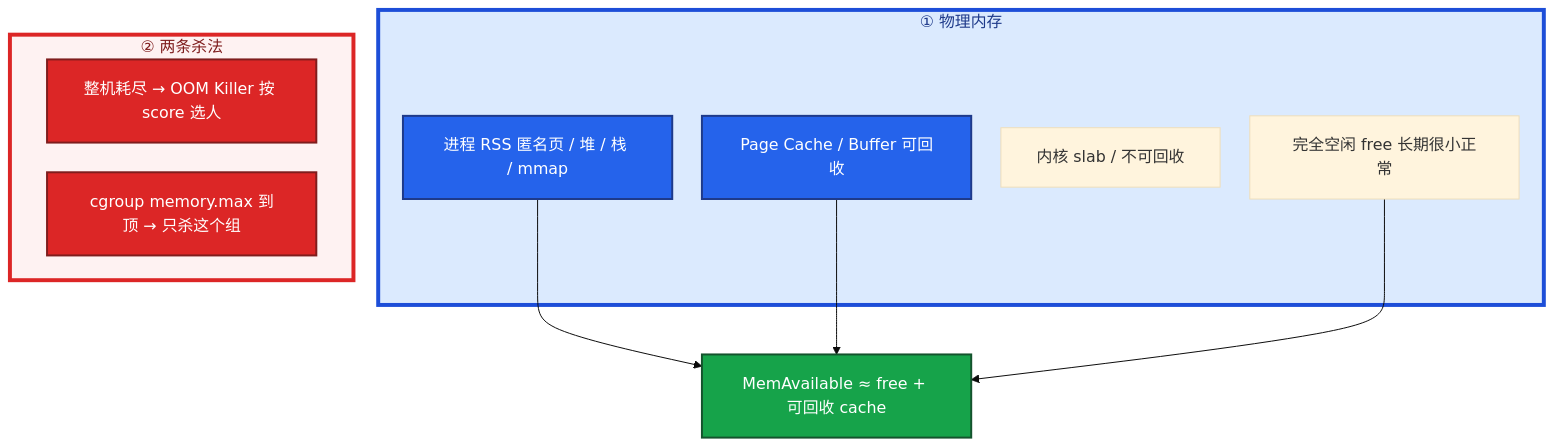
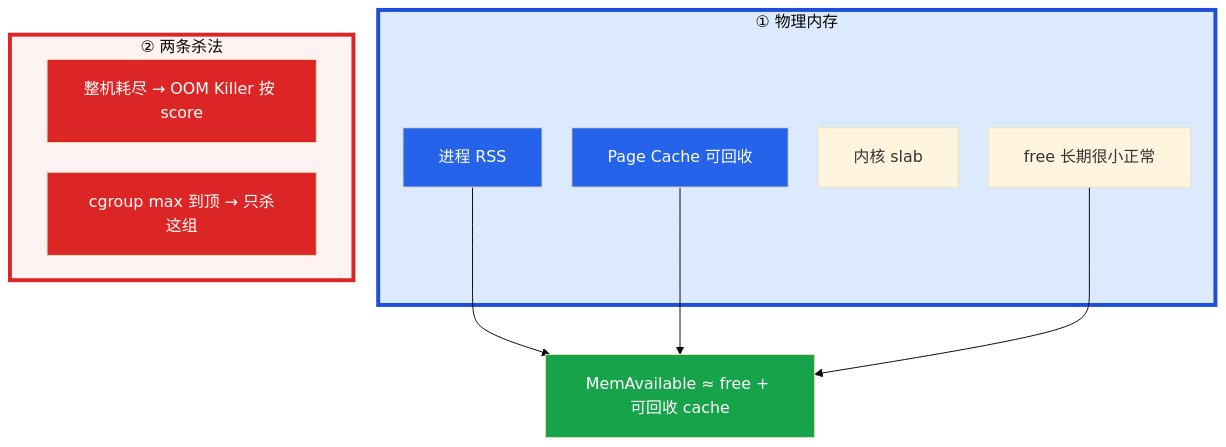
Before and after one commit to ml-cuizijun/LearnToLilith: the second of 5 diagrams in 02-基础底座/04-内存与OOM/知识点.md, drawn with Mermaid. The commit also changed other lines of this file and 213 other files, not shown here.

````diff
--- a/02-基础底座/04-内存与OOM/知识点.md
+++ b/02-基础底座/04-内存与OOM/知识点.md
@@ -74,30 +64,28 @@
 ```mermaid
 %%{init: {"flowchart": {"padding": 18, "nodeSpacing": 30, "rankSpacing": 50}, "theme": "base"}}%%
 flowchart TB
     subgraph phys ["① 物理内存"]
-        rss[进程 RSS 匿名页 / 堆 / 栈 / mmap]
-        cache[Page Cache / Buffer 可回收]
-        slab[内核 slab / 不可回收]
-        free[完全空闲 free 长期很小正常]
+        rss[进程 RSS]
+        cache[Page Cache 可回收]
+        slab[内核 slab]
+        free[free 长期很小正常]
     end
 
     avail["MemAvailable ≈ free + 可回收 cache"]
-    rss --> avail
-    cache --> avail
-    free --> avail
+    rss & cache & free --> avail
 
     subgraph two ["② 两条杀法"]
-        host["整机耗尽 → OOM Killer 按 score 选人"]
-        cg["cgroup memory.max 到顶 → 只杀这个组"]
+        host["整机耗尽 → OOM Killer 按 score"]
+        cg["cgroup max 到顶 → 只杀这组"]
     end
 
-    classDef a fill:#2563EB,stroke:#1E3A8A,stroke-width:2px,color:#fff
-    classDef b fill:#16A34A,stroke:#14532D,stroke-width:2px,color:#fff
-    classDef c fill:#DC2626,stroke:#7F1D1D,stroke-width:2px,color:#fff
+    classDef a fill:#2563EB,color:#fff
+    classDef b fill:#16A34A,color:#fff
+    classDef c fill:#DC2626,color:#fff
     class rss,cache a
     class avail b
     class host,cg c
 
-    style phys fill:#DBEAFE,stroke:#1D4ED8,stroke-width:4px,color:#1E3A8A
-    style two fill:#FEF2F2,stroke:#DC2626,stroke-width:4px,color:#7F1D1D
+    style phys fill:#DBEAFE,stroke:#1D4ED8,stroke-width:4px
+    style two fill:#FEF2F2,stroke:#DC2626,stroke-width:4px
 ```
````
